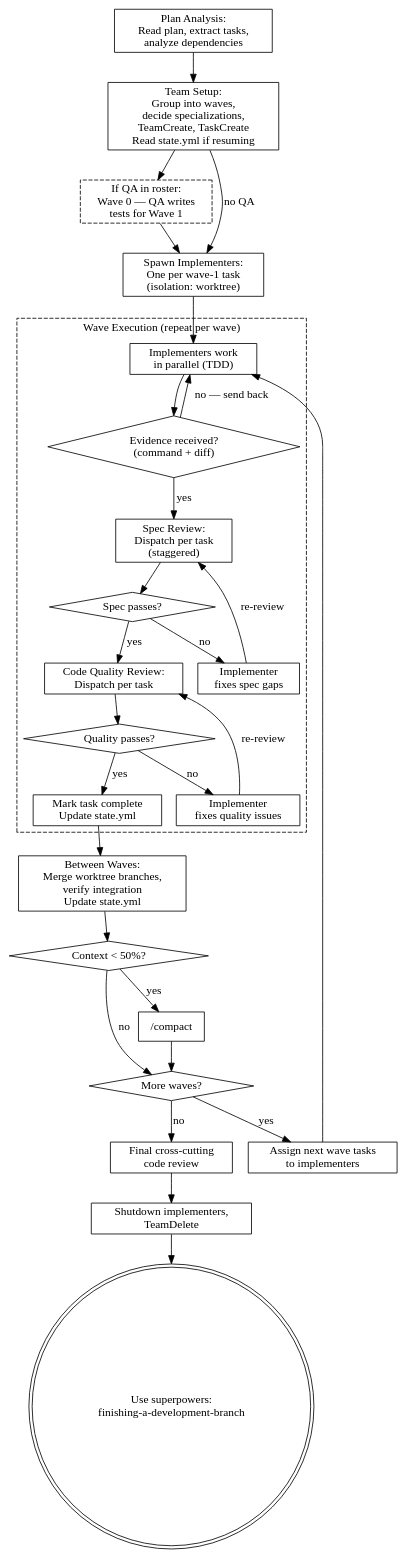
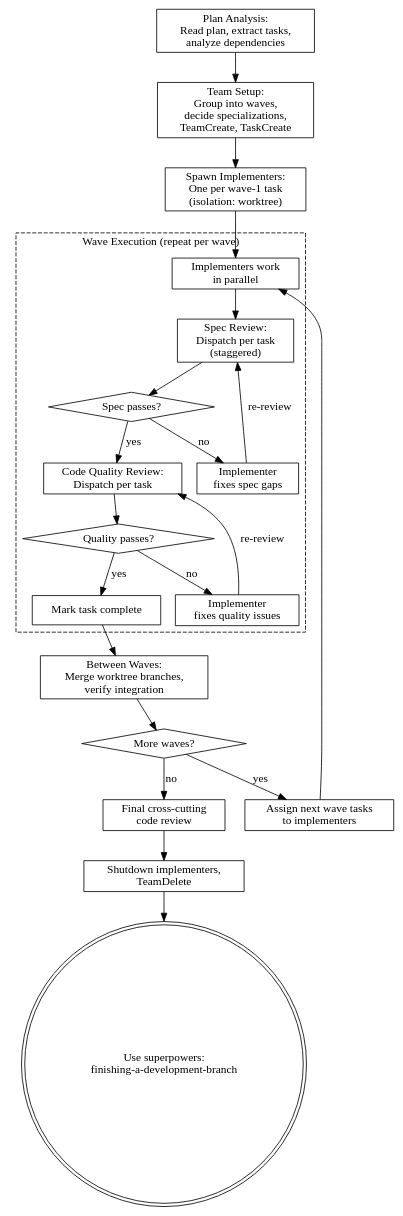
The diagram in skills/agent-team-driven-development/SKILL.md (rahulsc/superpowers), drawn with Graphviz before and after one commit. The commit also changed other lines of this file and 8 other files, not shown here.

````diff
--- a/skills/agent-team-driven-development/SKILL.md
+++ b/skills/agent-team-driven-development/SKILL.md
@@ -160,62 +76,51 @@
 ```dot
 digraph agent_team {
     rankdir=TB;
     node [shape=box];
 
     plan_analysis [label="Plan Analysis:\nRead plan, extract tasks,\nanalyze dependencies"];
-    team_setup [label="Team Setup:\nGroup into waves,\ndecide specializations,\nTeamCreate, TaskCreate\nRead state.yml if resuming"];
-    qa_wave0 [label="If QA in roster:\nWave 0 — QA writes\ntests for Wave 1" style=dashed];
+    team_setup [label="Team Setup:\nGroup into waves,\ndecide specializations,\nTeamCreate, TaskCreate"];
     spawn [label="Spawn Implementers:\nOne per wave-1 task\n(isolation: worktree)"];
 
     subgraph cluster_wave {
         label="Wave Execution (repeat per wave)";
         style=dashed;
 
-        implement [label="Implementers work\nin parallel (TDD)"];
-        evidence_check [label="Evidence received?\n(command + diff)" shape=diamond];
+        implement [label="Implementers work\nin parallel"];
         spec_review [label="Spec Review:\nDispatch per task\n(staggered)"];
         spec_pass [label="Spec passes?" shape=diamond];
         fix_spec [label="Implementer\nfixes spec gaps"];
         code_review [label="Code Quality Review:\nDispatch per task"];
         code_pass [label="Quality passes?" shape=diamond];
         fix_quality [label="Implementer\nfixes quality issues"];
-        task_complete [label="Mark task complete\nUpdate state.yml"];
+        task_complete [label="Mark task complete"];
     }
 
-    merge [label="Between Waves:\nMerge worktree branches,\nverify integration\nUpdate state.yml"];
-    context_check [label="Context < 50%?" shape=diamond];
-    compact [label="/compact"];
+    merge [label="Between Waves:\nMerge worktree branches,\nverify integration"];
     wave_check [label="More waves?" shape=diamond];
     next_wave [label="Assign next wave tasks\nto implementers"];
     final_review [label="Final cross-cutting\ncode review"];
     shutdown [label="Shutdown implementers,\nTeamDelete"];
     finish [label="Use superpowers:\nfinishing-a-development-branch" shape=doublecircle];
 
     plan_analysis -> team_setup;
-    team_setup -> qa_wave0;
-    qa_wave0 -> spawn;
-    team_setup -> spawn [label="no QA"];
+    team_setup -> spawn;
     spawn -> implement;
-    implement -> evidence_check;
-    evidence_check -> spec_review [label="yes"];
-    evidence_check -> implement [label="no — send back"];
+    implement -> spec_review;
     spec_review -> spec_pass;
     spec_pass -> fix_spec [label="no"];
     fix_spec -> spec_review [label="re-review"];
     spec_pass -> code_review [label="yes"];
     code_review -> code_pass;
     code_pass -> fix_quality [label="no"];
     fix_quality -> code_review [label="re-review"];
     code_pass -> task_complete [label="yes"];
     task_complete -> merge;
-    merge -> context_check;
-    context_check -> compact [label="yes"];
-    compact -> wave_check;
-    context_check -> wave_check [label="no"];
+    merge -> wave_check;
     wave_check -> next_wave [label="yes"];
     next_wave -> implement;
     wave_check -> final_review [label="no"];
     final_review -> shutdown;
     shutdown -> finish;
 }
 ```
````
